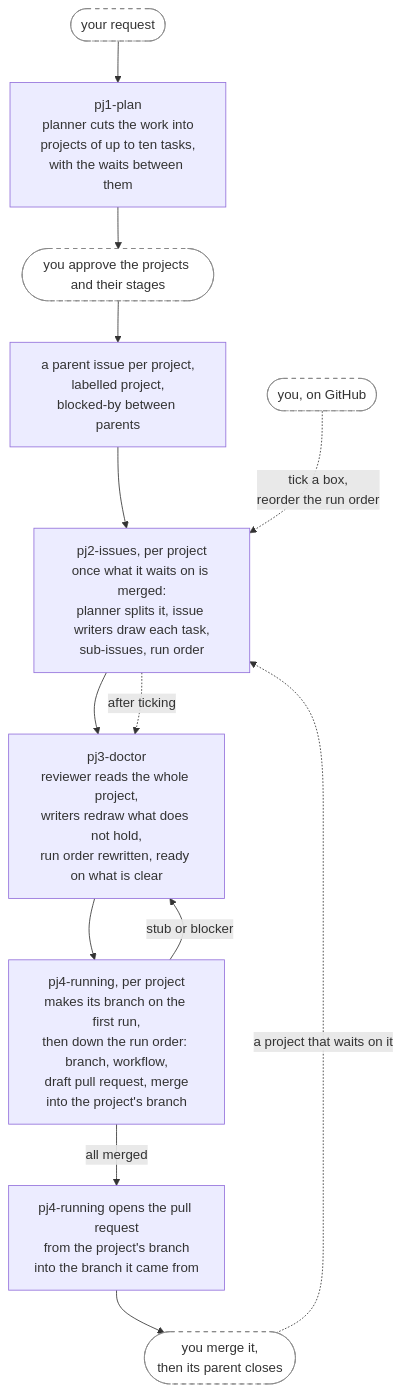
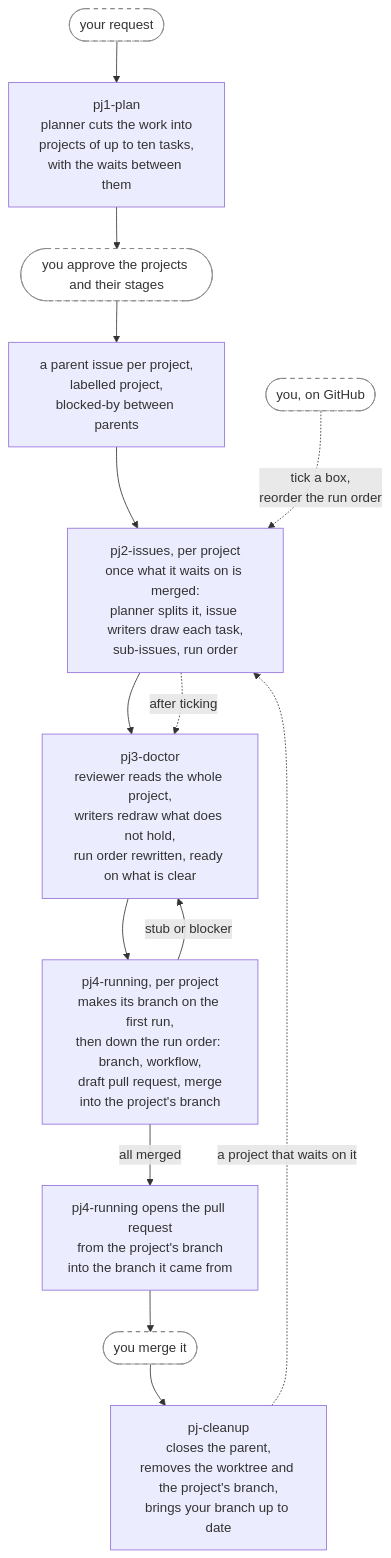
One commit to annetaan/claude-plugins changed the third of 4 diagrams in plugins/annetaan/README.md. Above: the diagram before and after it, drawn with Mermaid. The commit also changed other lines of this file and 8 other files, not shown here.

Commit message:
feat: add pj-cleanup, which tidies up after a project's pull request is merged (#41)

````diff
--- a/plugins/annetaan/README.md
+++ b/plugins/annetaan/README.md
@@ -242,18 +243,18 @@
 ```mermaid
 flowchart TD
     req(["your request"]) --> plan["pj1-plan<br/>planner cuts the work into<br/>projects of up to ten tasks,<br/>with the waits between them"]
     plan --> approve(["you approve the projects and their stages"]) --> filed["a parent issue per project,<br/>labelled project,<br/>blocked-by between parents"]
     filed --> split["pj2-issues, per project<br/>once what it waits on is merged:<br/>planner splits it, issue writers draw each task,<br/>sub-issues, run order"]
     split --> doctor["pj3-doctor<br/>reviewer reads the whole project,<br/>writers redraw what does not hold,<br/>run order rewritten, ready on what is clear"]
     doctor --> run["pj4-running, per project<br/>makes its branch on the first run,<br/>then down the run order: branch, workflow,<br/>draft pull request, merge<br/>into the project's branch"]
     run -->|"stub or blocker"| doctor
     run -->|"all merged"| pr["pj4-running opens the pull request<br/>from the project's branch<br/>into the branch it came from"]
-    pr --> done(["you merge it,<br/>then its parent closes"])
-    done -.->|"a project that waits on it"| split
+    pr --> done(["you merge it"]) --> cleanup["pj-cleanup<br/>closes the parent,<br/>removes the worktree and the project's branch,<br/>brings your branch up to date"]
+    cleanup -.->|"a project that waits on it"| split
 
     you(["you, on GitHub"]) -.->|"tick a box,<br/>reorder the run order"| split
     split -.->|"after ticking"| doctor
 
     classDef human fill:#fff,stroke:#888,stroke-dasharray: 5 5
     class req,approve,you,done human
 ```
````
